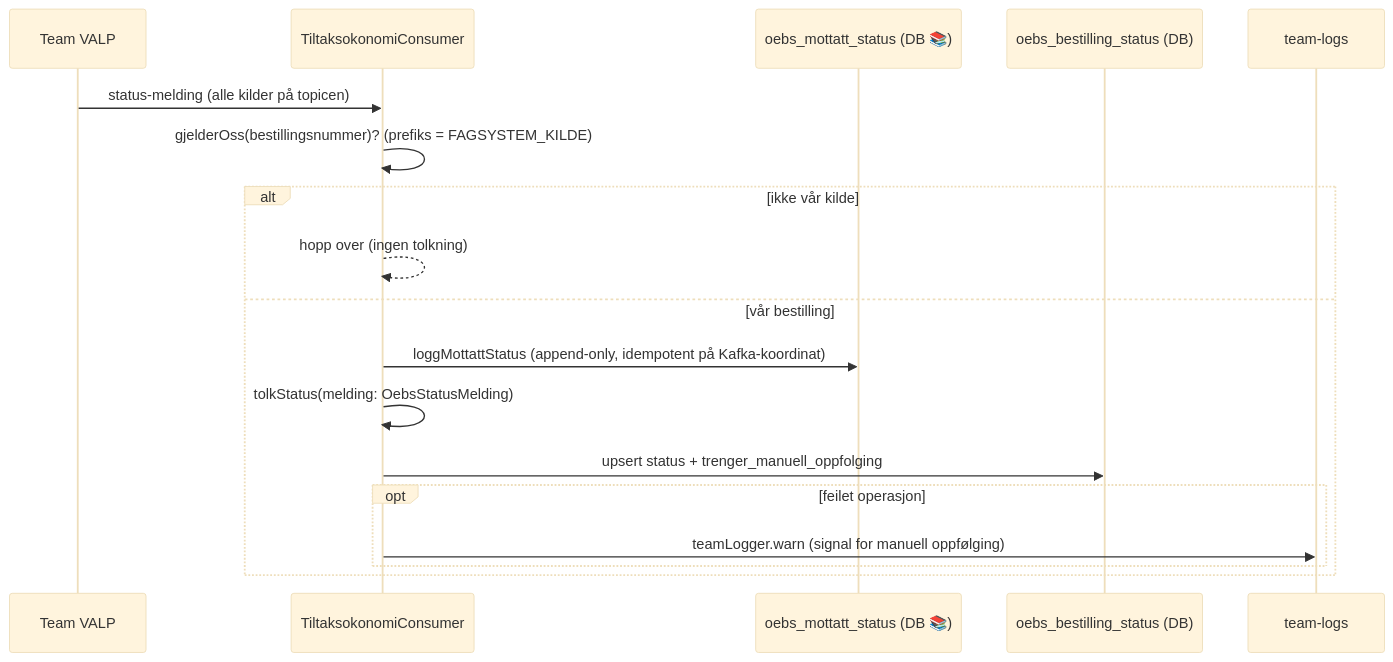
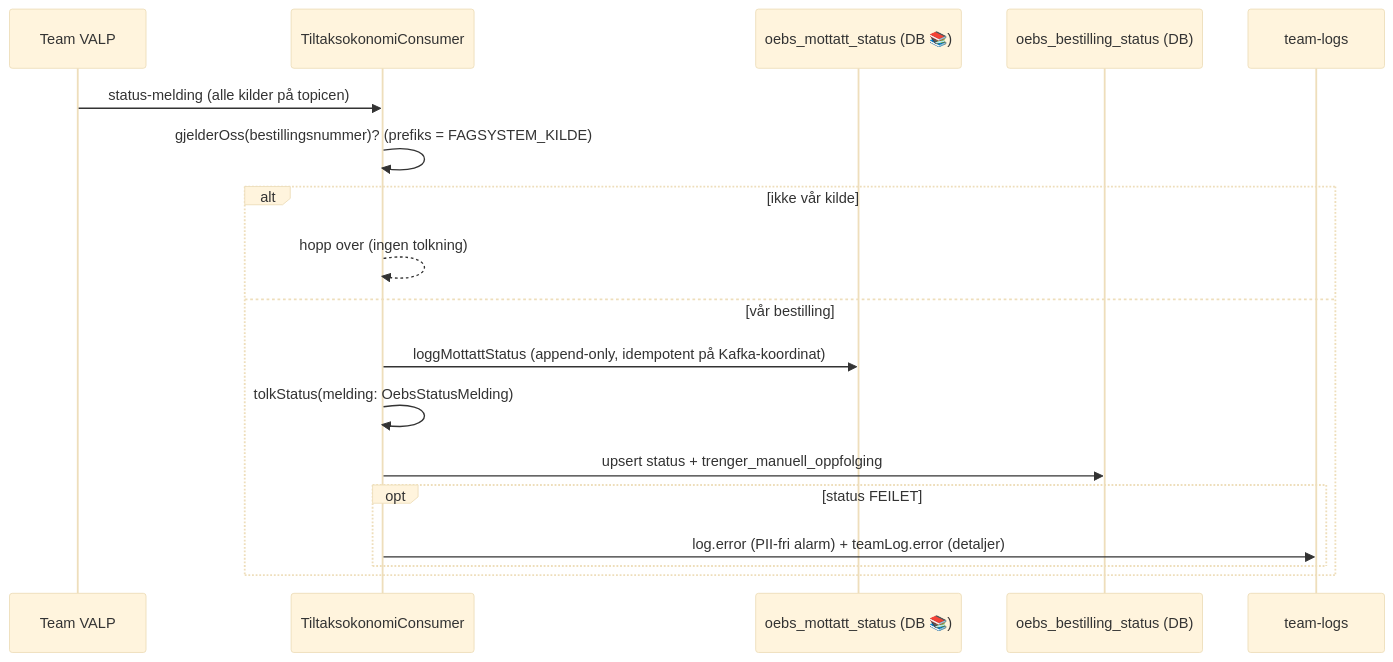
Before and after one commit to navikt/ekspertbistand: the third of 3 diagrams in backend/src/main/kotlin/no/nav/ekspertbistand/oebs/README.md, drawn with Mermaid (base theme). The commit also changed 1 other file, not shown here.

Commit message:
docs(oebs): oppdater spec og README til gjeldende implementasjon
Fjerner utdaterte referanser og speiler faktisk atferd:
- statusflyt bruker log.error (PII-fri alarm) + teamLog.error (detaljer), ikke teamLogger.warn
- feilsignal beskrevet som tabellflagg + log.error/teamLog.error (fjernet metrikk som aldri ble bygget)
- refaktoreringsseksjonen merket gjennomført
- rød-sone-seksjonen merket implementert og testet

````diff
--- a/backend/src/main/kotlin/no/nav/ekspertbistand/oebs/README.md
+++ b/backend/src/main/kotlin/no/nav/ekspertbistand/oebs/README.md
@@ -85,21 +85,21 @@
 ```mermaid
 sequenceDiagram
     participant V as Team VALP
     participant S as TiltaksokonomiConsumer
     participant L as oebs_mottatt_status (DB 📚)
     participant D as oebs_bestilling_status (DB)
     participant T as team-logs
 
     V->>S: status-melding (alle kilder på topicen)
     S->>S: gjelderOss(bestillingsnummer)? (prefiks = FAGSYSTEM_KILDE)
     alt ikke vår kilde
         S-->>S: hopp over (ingen tolkning)
     else vår bestilling
         S->>L: loggMottattStatus (append-only, idempotent på Kafka-koordinat)
         S->>S: tolkStatus(melding: OebsStatusMelding)
         S->>D: upsert status + trenger_manuell_oppfolging
-        opt feilet operasjon
-            S->>T: teamLogger.warn (signal for manuell oppfølging)
+        opt status FEILET
+            S->>T: log.error (PII-fri alarm) + teamLog.error (detaljer)
         end
     end
 ```
````
